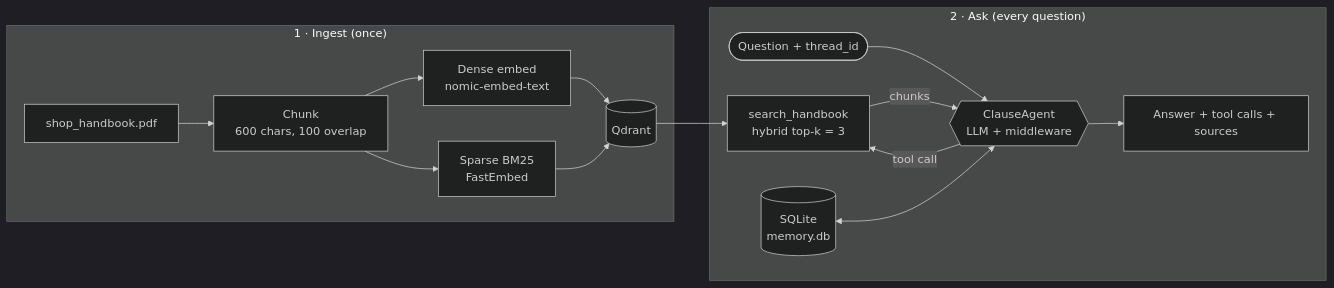
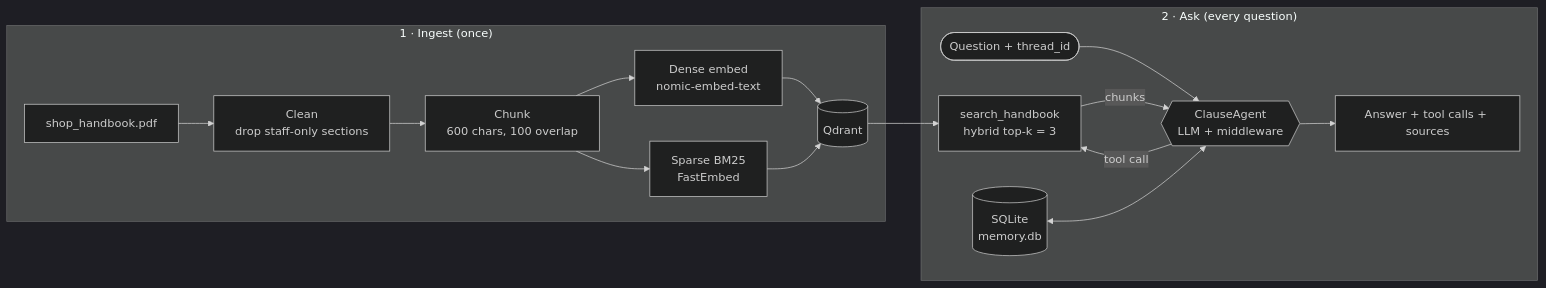
The diagram in README.md (muhammadriaz9850/clause), drawn with Mermaid (dark theme) before and after one commit. The commit also changed other lines of this file and 2 other files, not shown here.

````diff
--- a/README.md
+++ b/README.md
@@ -19,19 +20,20 @@
 ```mermaid
 flowchart LR
     subgraph Ingest["1 · Ingest (once)"]
-        PDF[shop_handbook.pdf] --> Chunk[Chunk<br/>600 chars, 100 overlap]
+        PDF[shop_handbook.pdf] --> Clean[Clean<br/>drop staff-only sections]
+        Clean --> Chunk[Chunk<br/>600 chars, 100 overlap]
         Chunk --> Dense[Dense embed<br/>nomic-embed-text]
         Chunk --> Sparse[Sparse BM25<br/>FastEmbed]
         Dense --> Q[(Qdrant)]
         Sparse --> Q
     end
 
     subgraph Ask["2 · Ask (every question)"]
         User([Question + thread_id]) --> Agent{{ClauseAgent<br/>LLM + middleware}}
         Agent -- "tool call" --> Tool[search_handbook<br/>hybrid top-k = 3]
         Q --> Tool
         Tool -- "chunks" --> Agent
         Mem[(SQLite<br/>memory.db)] <--> Agent
         Agent --> Out[Answer + tool calls + sources]
     end
 ```
````
